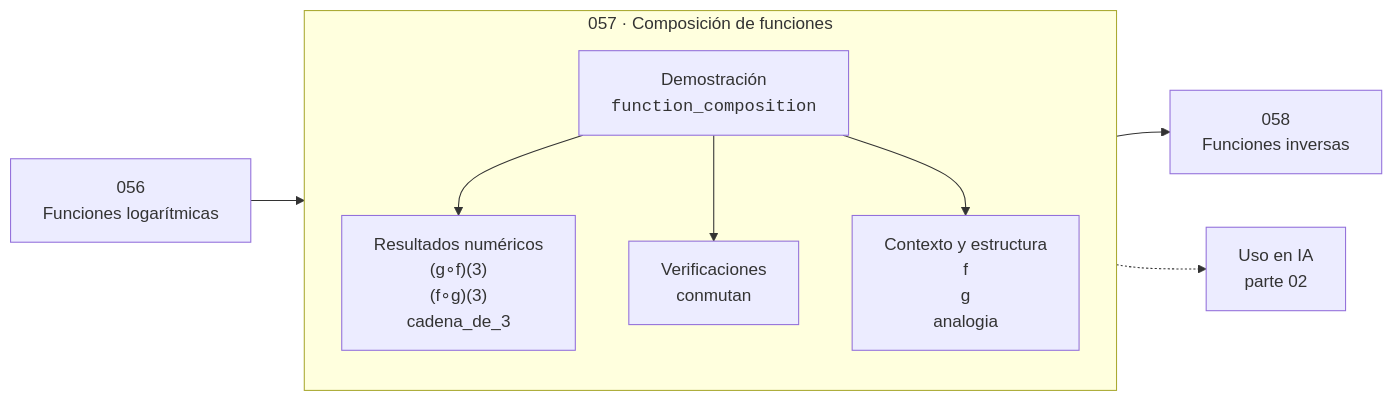
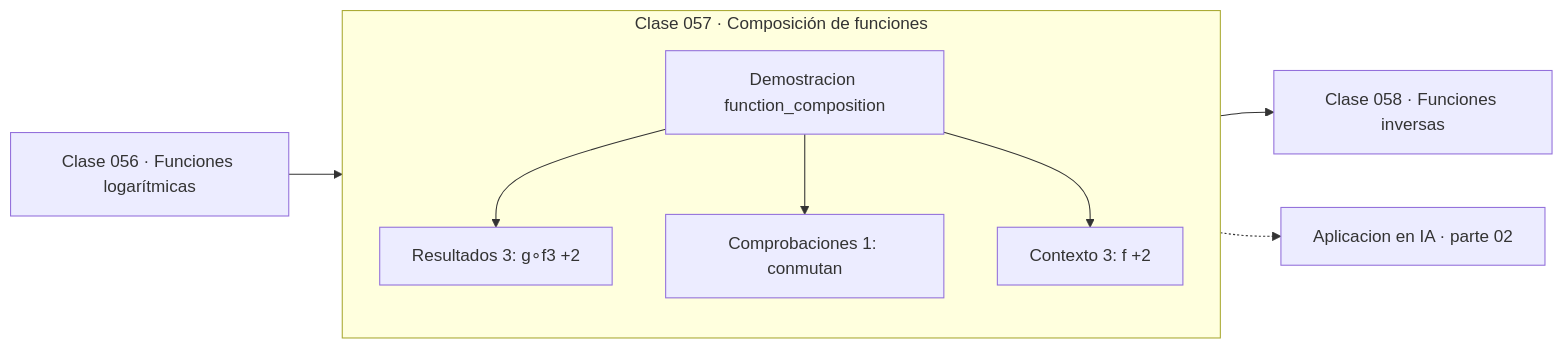
One commit to vladimiracunadev-create/computational-mathematics-program changed the diagram in classes/part-02-algebra-y-funciones/057-composicion-de-funciones/README.md. Above: the diagram before and after it, drawn with Mermaid. The commit also changed 389 other files, not shown here.

First line of the commit message:
fix(diagramas): elimina el HTML de las etiquetas Mermaid

````diff
--- a/classes/part-02-algebra-y-funciones/057-composicion-de-funciones/README.md
+++ b/classes/part-02-algebra-y-funciones/057-composicion-de-funciones/README.md
@@ -35,12 +35,13 @@
 ```mermaid
 flowchart LR
-    P["056<br/>Funciones logarítmicas"] --> C
-    subgraph C["057 · Composición de funciones"]
+    P["Clase 056 · Funciones logarítmicas"] --> D
+    subgraph CLASE["Clase 057 · Composición de funciones"]
         direction TB
-        D["Demostración<br/><code>function_composition</code>"] --> R["Resultados numéricos<br/>(g∘f)(3)<br/>(f∘g)(3)<br/>cadena_de_3"]
-        D --> V["Verificaciones<br/>conmutan"]
-        D --> O["Contexto y estructura<br/>f<br/>g<br/>analogia"]
+        D["Demostracion function_composition"]
+        D --> R["Resultados 3: g∘f3 +2"]
+        D --> V["Comprobaciones 1: conmutan"]
+        D --> O["Contexto 3: f +2"]
     end
-    C --> N["058<br/>Funciones inversas"]
-    C -.-> IA["Uso en IA<br/>parte 02"]
+    R --> N["Clase 058 · Funciones inversas"]
+    V -.-> IA["Aplicacion en IA · parte 02"]
 ```
````
